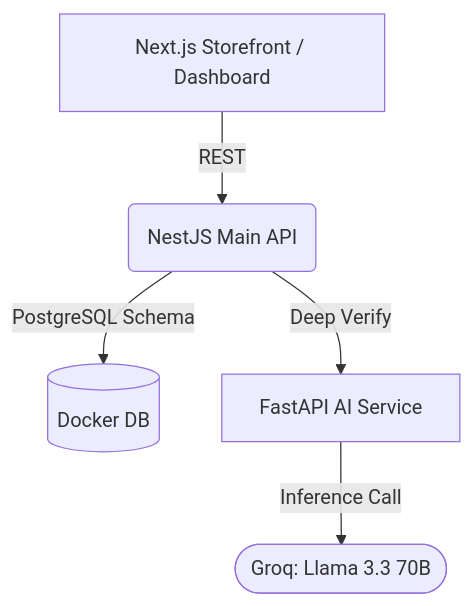
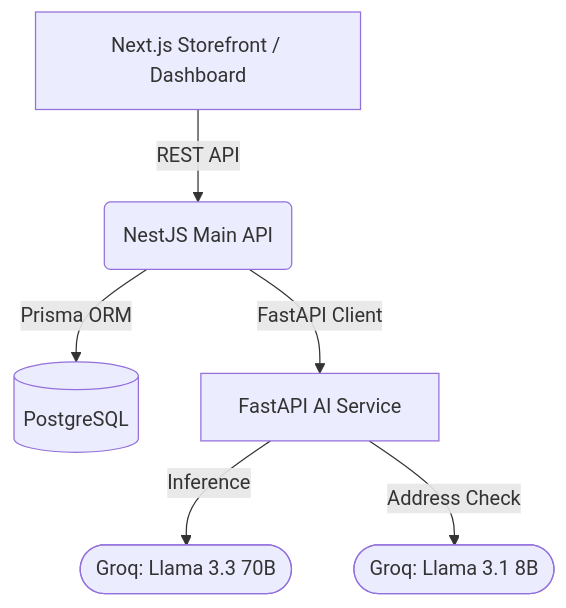
One commit to AllyanSystumm/AI-powered-Risk-Analysis-Engine- changed the diagram in README.md. Above: the diagram before and after it, drawn with Mermaid. The commit also changed other lines of this file and 6 other files, not shown here.

````diff
--- a/README.md
+++ b/README.md
@@ -31,7 +36,8 @@
 ```mermaid
 graph TD;
-    A[Next.js Storefront / Dashboard] -->|REST| B(NestJS Main API);
-    B -->|PostgreSQL Schema| C[(Docker DB)];
-    B -->|Deep Verify| D[FastAPI AI Service];
-    D -->|Inference Call| E([Groq: Llama 3.3 70B]);
+    A[Next.js Storefront / Dashboard] -->|REST API| B(NestJS Main API);
+    B -->|Prisma ORM| C[(PostgreSQL)];
+    B -->|FastAPI Client| D[FastAPI AI Service];
+    D -->|Inference| E([Groq: Llama 3.3 70B]);
+    D -->|Address Check| F([Groq: Llama 3.1 8B]);
 ```
````
